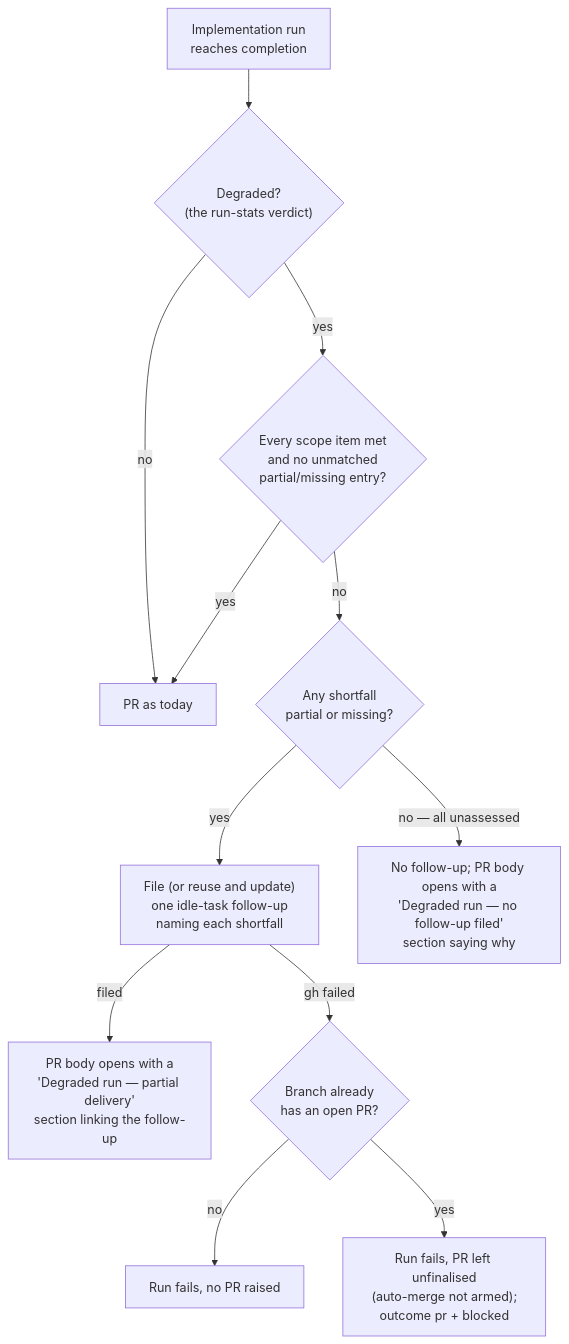
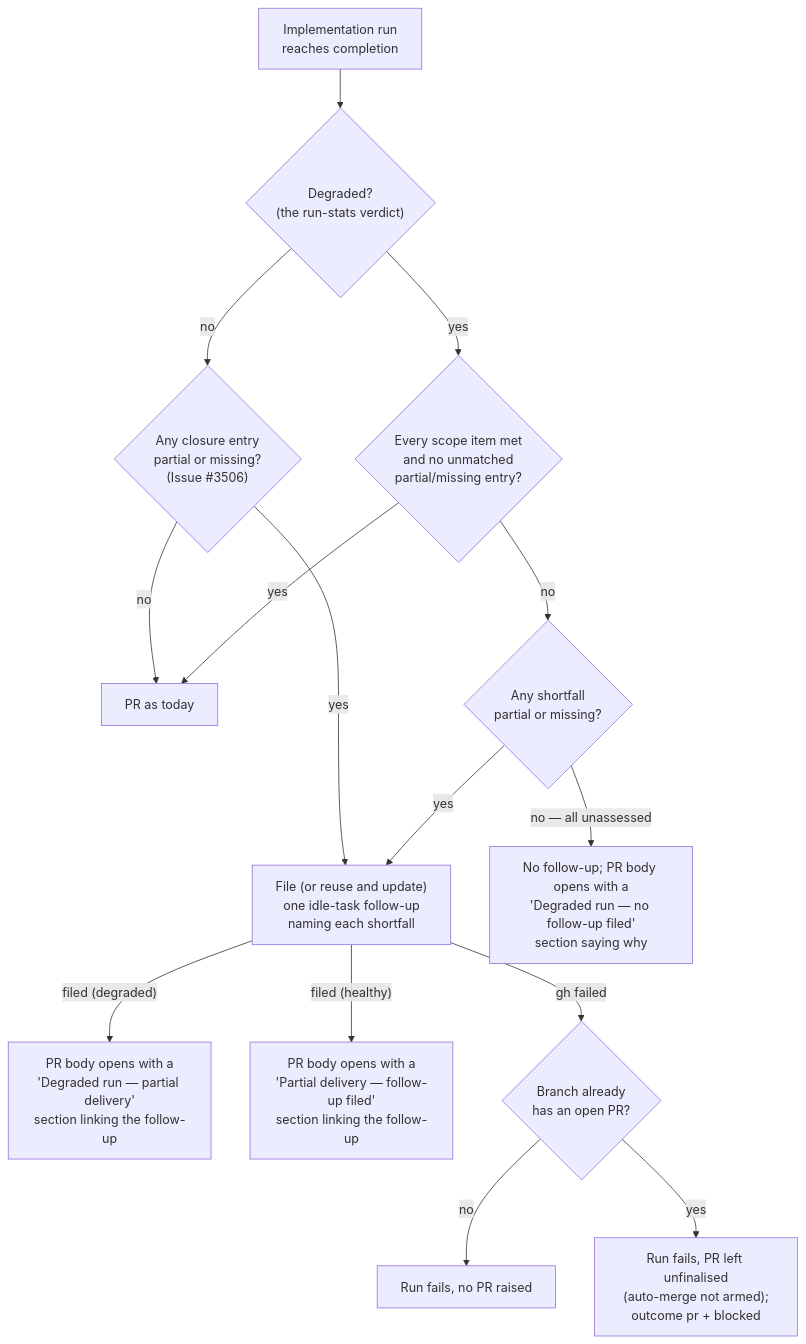
One commit to stSoftwareAU/VibeCoder changed diagram 21 of 25 in docs/workflows/issue-processing.md. Above: the diagram before and after it, drawn with Mermaid. The commit also changed other lines of this file and 8 other files, not shown here.

First line of the commit message:
File a follow-up for a healthy run's own partial or missing criteria (#3506)

````diff
--- a/docs/workflows/issue-processing.md
+++ b/docs/workflows/issue-processing.md
@@ -2344,14 +2344,17 @@
 ```mermaid
 flowchart TD
     R["Implementation run<br/>reaches completion"] --> D{"Degraded?<br/>(the run-stats verdict)"}
-    D -- no --> P["PR as today"]
+    D -- no --> H{"Any closure entry<br/>partial or missing?<br/>(Issue #3506)"}
+    H -- no --> P["PR as today"]
+    H -- yes --> F
     D -- yes --> S{"Every scope item met<br/>and no unmatched<br/>partial/missing entry?"}
     S -- yes --> P
     S -- no --> G{"Any shortfall<br/>partial or missing?"}
     G -- yes --> F["File (or reuse and update)<br/>one idle-task follow-up<br/>naming each shortfall"]
-    F -- filed --> B["PR body opens with a<br/>'Degraded run — partial delivery'<br/>section linking the follow-up"]
+    F -- "filed (degraded)" --> B["PR body opens with a<br/>'Degraded run — partial delivery'<br/>section linking the follow-up"]
+    F -- "filed (healthy)" --> W["PR body opens with a<br/>'Partial delivery — follow-up filed'<br/>section linking the follow-up"]
     F -- "gh failed" --> Q{"Branch already<br/>has an open PR?"}
     Q -- no --> X["Run fails, no PR raised"]
     Q -- yes --> Y["Run fails, PR left unfinalised<br/>(auto-merge not armed);<br/>outcome pr + blocked"]
     G -- "no — all unassessed" --> N["No follow-up; PR body opens with a<br/>'Degraded run — no follow-up filed'<br/>section saying why"]
 ```
````
